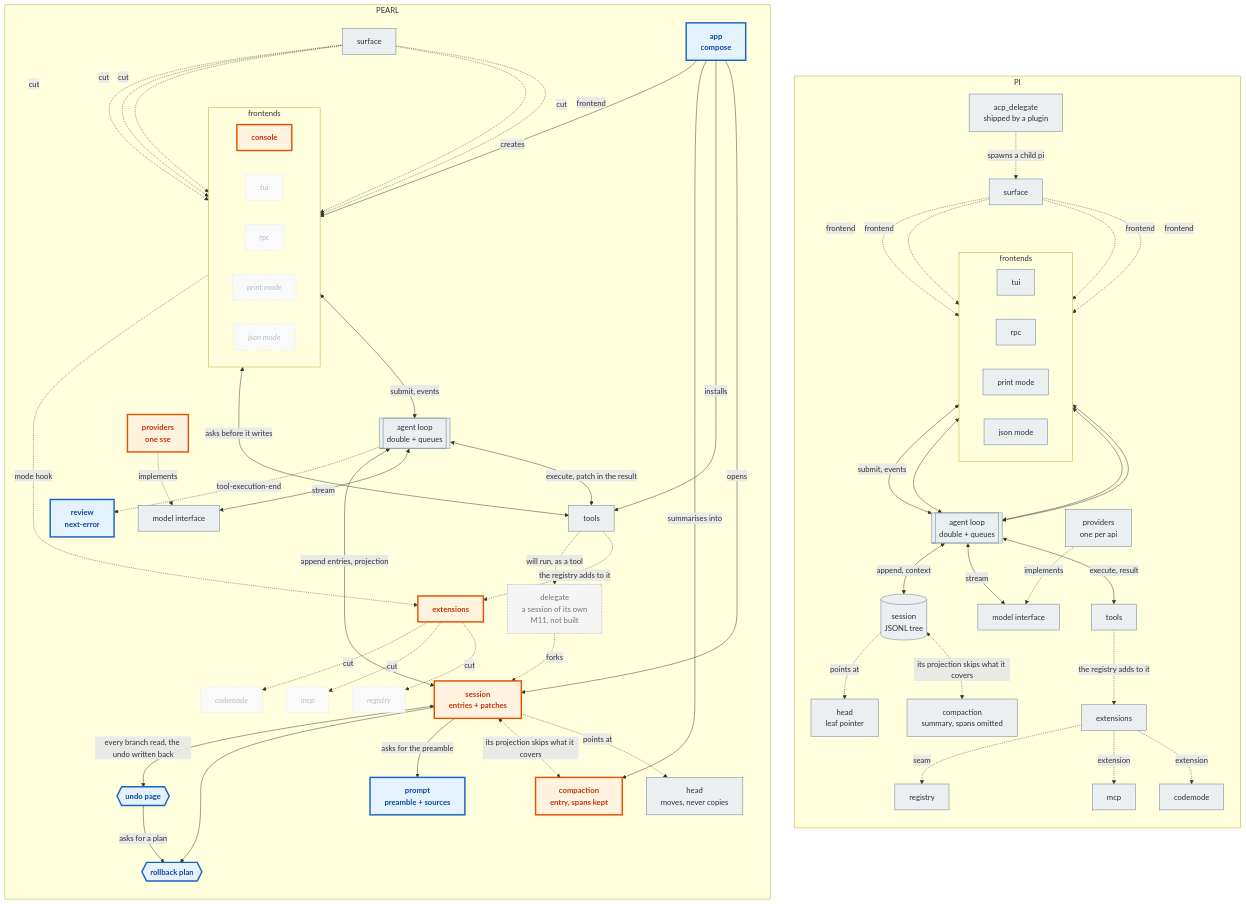
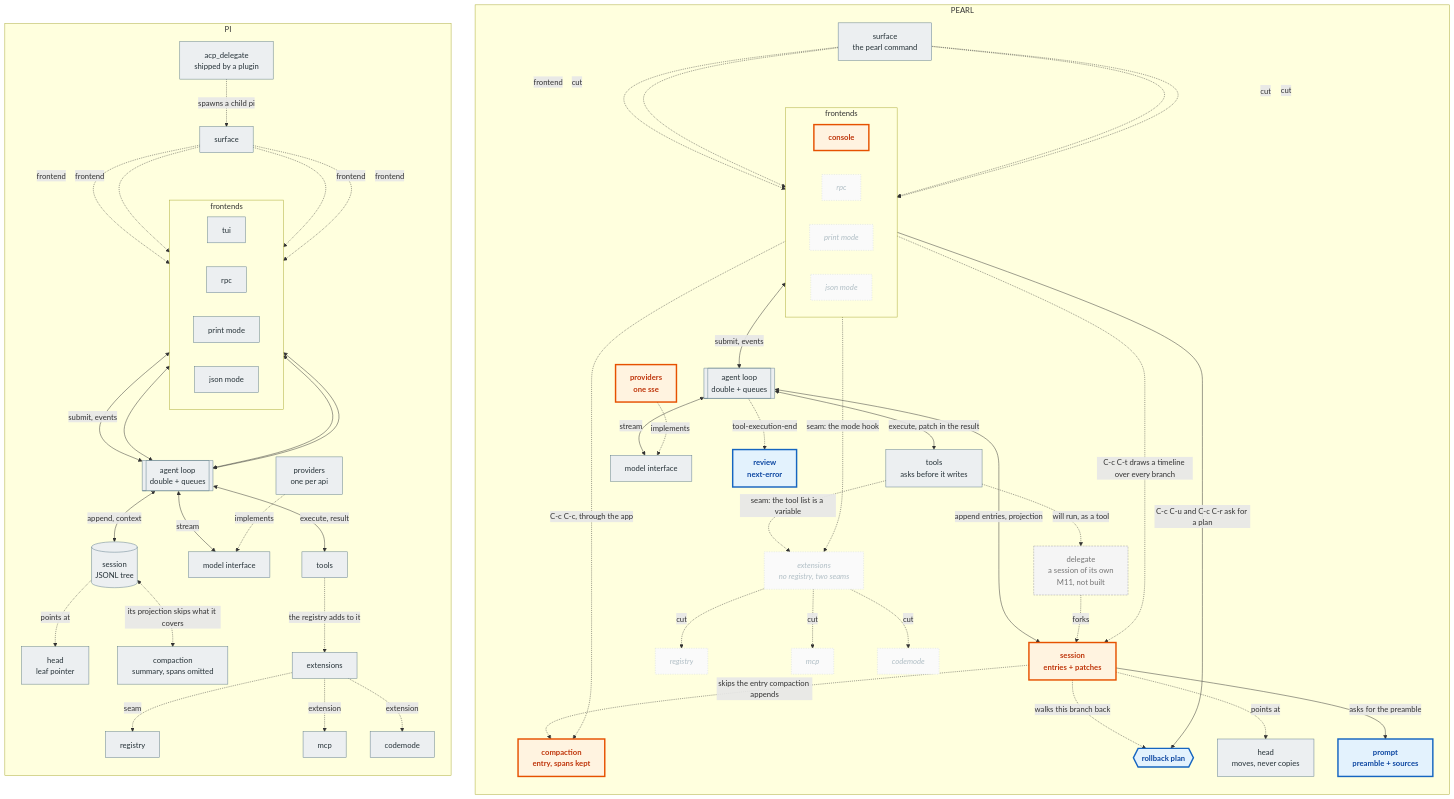
The diagram in README.md (OverbearingPearl/pearl), drawn with Mermaid before and after one commit. The commit also changed other lines of this file, not shown here.

First line of the commit message:
Check the PEARL half of the figure against the code

````diff
--- a/README.md
+++ b/README.md
@@ -114,78 +114,73 @@
 ```mermaid
 flowchart TB
+  subgraph R["PEARL"]
+    direction TB
+    r_surf["surface<br/>the pearl command"]
+    subgraph r_fronts["frontends"]
+      direction LR
+      r_console["console"] & r_rpc["rpc"] & r_print["print mode"] & r_json["json mode"]
+    end
+    r_surf -.->|frontend| r_console
+    r_surf -.->|cut| r_rpc
+    r_surf -.->|cut| r_print
+    r_surf -.->|cut| r_json
+    r_console <-->|submit, events| r_loop[["agent loop<br/>double + queues"]]
+    r_console -.->|C-c C-c, through the app| r_compact
+    r_console -.->|C-c C-t draws a timeline over every branch| r_sess
+    r_console -->|C-c C-u and C-c C-r ask for a plan| r_plan
+    r_loop <-->|execute, patch in the result| r_tools["tools<br/>asks before it writes"]
+    r_loop <-->|stream| r_model["model interface"]
+    r_loop <-->|append entries, projection| r_sess["session<br/>entries + patches"]
+    r_sess -.->|points at| r_leaf["head<br/>moves, never copies"]
+    r_sess -.->|skips the entry compaction appends| r_compact["compaction<br/>entry, spans kept"]
+    r_tools -.->|seam: the tool list is a variable| r_ext["extensions<br/>no registry, two seams"]
+    r_prov["providers<br/>one sse"] -.->|implements| r_model
+    r_tools -.->|will run, as a tool| r_delegate["delegate<br/>a session of its own<br/>M11, not built"]
+    r_delegate -.->|forks| r_sess
+    r_sess -->|asks for the preamble| r_prompt["prompt<br/>preamble + sources"]
+    r_sess -.->|walks this branch back| r_plan{{"rollback plan"}}
+    r_loop -.->|tool-execution-end| r_review["review<br/>next-error"]
+    r_console -.->|seam: the mode hook| r_ext
+    r_ext -.->|cut| r_registry["registry"]
+    r_ext -.->|cut| r_mcp["mcp"]
+    r_ext -.->|cut| r_codemode["codemode"]
+  end
   subgraph L["PI"]
     direction TB
     l_surf["surface"]
     subgraph l_fronts["frontends"]
       direction LR
       l_tui["tui"] & l_rpc["rpc"] & l_print["print mode"] & l_json["json mode"]
     end
     l_surf -.->|frontend| l_tui
     l_surf -.->|frontend| l_rpc
     l_surf -.->|frontend| l_print
     l_surf -.->|frontend| l_json
     l_tui <-->|submit, events| l_loop[["agent loop<br/>double + queues"]]
     l_rpc <--> l_loop
     l_print <--> l_loop
     l_json <--> l_loop
     l_loop <-->|execute, result| l_tools["tools"]
     l_loop <-->|stream| l_model["model interface"]
     l_loop <-->|append, context| l_sess[("session<br/>JSONL tree")]
     l_sess -.->|points at| l_leaf["head<br/>leaf pointer"]
     l_sess <-.->|its projection skips what it covers| l_compact["compaction<br/>summary, spans omitted"]
     l_tools -.->|the registry adds to it| l_ext["extensions"]
     l_ext -.->|seam| l_registry["registry"]
     l_ext -.->|extension| l_mcp["mcp"]
     l_ext -.->|extension| l_codemode["codemode"]
     l_prov["providers<br/>one per api"] -.->|implements| l_model
     l_delegate["acp_delegate<br/>shipped by a plugin"] -.->|spawns a child pi| l_surf
   end
-  subgraph R["PEARL"]
-    direction TB
-    r_surf["surface"]
-    subgraph r_fronts["frontends"]
-      direction LR
-      r_console["console"] & r_tui["tui"] & r_rpc["rpc"] & r_print["print mode"] & r_json["json mode"]
-    end
-    r_surf -.->|frontend| r_console
-    r_surf -.->|cut| r_tui
-    r_surf -.->|cut| r_rpc
-    r_surf -.->|cut| r_print
-    r_surf -.->|cut| r_json
-    r_console <-->|submit, events| r_loop[["agent loop<br/>double + queues"]]
-    r_loop <-->|execute, patch in the result| r_tools["tools"]
-    r_loop <-->|stream| r_model["model interface"]
-    r_loop <-->|append entries, projection| r_sess["session<br/>entries + patches"]
-    r_sess -.->|points at| r_leaf["head<br/>moves, never copies"]
-    r_sess <-.->|its projection skips what it covers| r_compact["compaction<br/>entry, spans kept"]
-    r_tools -.->|the registry adds to it| r_ext["extensions"]
-    r_ext -.->|cut| r_registry["registry"]
-    r_ext -.->|cut| r_mcp["mcp"]
-    r_ext -.->|cut| r_codemode["codemode"]
-    r_prov["providers<br/>one sse"] -.->|implements| r_model
-    r_tools -.->|will run, as a tool| r_delegate["delegate<br/>a session of its own<br/>M11, not built"]
-    r_delegate -.->|forks| r_sess
-    r_sess -->|asks for the preamble| r_prompt["prompt<br/>preamble + sources"]
-    r_sess --> r_plan{{"rollback plan"}}
-    r_sess <-->|every branch read, the undo written back| r_time{{"undo page"}}
-    r_time -->|asks for a plan| r_plan
-    r_loop -.->|tool-execution-end| r_review["review<br/>next-error"]
-    r_console <-->|asks before it writes| r_tools
-    r_console -.->|mode hook| r_ext
-    r_app["app<br/>compose"] -->|creates| r_console
-    r_app -->|opens| r_sess
-    r_app -->|installs| r_tools
-    r_app -->|summarises into| r_compact
-  end
   classDef base fill:#eceff1,stroke:#607d8b,color:#263238
   classDef changed fill:#fff3e0,stroke:#e65100,color:#bf360c,stroke-width:3px,font-weight:bold
   classDef added fill:#e3f2fd,stroke:#1565c0,color:#0d47a1,stroke-width:3px,font-weight:bold
   classDef removed fill:#fafafa,stroke:#cfd8dc,color:#b0bec5,font-style:italic,stroke-dasharray:2 3
   classDef planned fill:#f5f5f5,stroke:#9e9e9e,color:#757575,stroke-dasharray:4 2
   class l_surf,l_tui,l_rpc,l_print,l_json,l_loop,l_tools,l_model,l_sess,l_leaf,l_compact,l_ext,l_registry,l_mcp,l_codemode,l_prov,l_delegate base
   class r_surf,r_loop,r_tools,r_model,r_leaf base
-  class r_console,r_sess,r_compact,r_ext,r_prov changed
-  class r_app,r_prompt,r_plan,r_time,r_review added
-  class r_tui,r_rpc,r_print,r_json,r_registry,r_mcp,r_codemode removed
+  class r_console,r_sess,r_compact,r_prov changed
+  class r_prompt,r_plan,r_review added
+  class r_ext,r_rpc,r_print,r_json,r_registry,r_mcp,r_codemode removed
   class r_delegate planned
 ```
````
